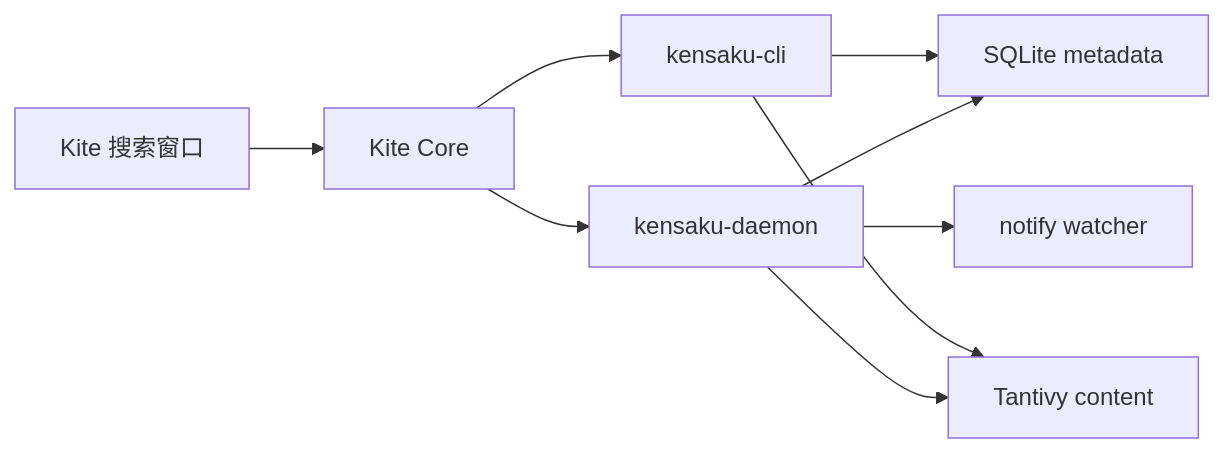
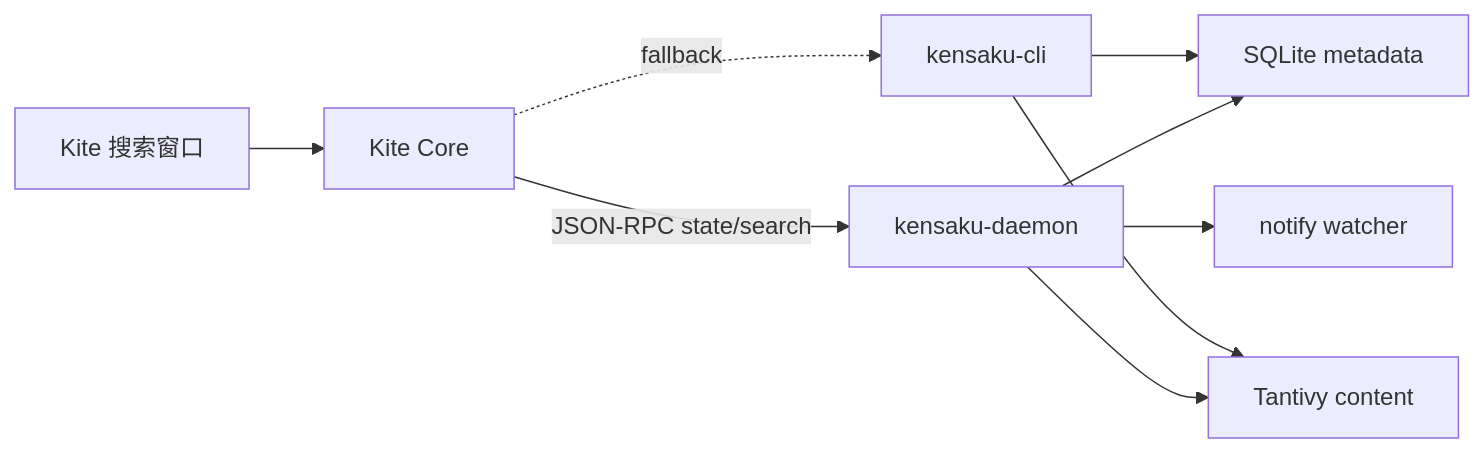
The first of 2 diagrams in docs/architecture/content-search.md (wyz541/kite), drawn with Mermaid before and after one commit. The commit also changed other lines of this file and 8 other files, not shown here.

````diff
--- a/docs/architecture/content-search.md
+++ b/docs/architecture/content-search.md
@@ -23,11 +23,11 @@
 ```mermaid
 flowchart LR
     UI[Kite 搜索窗口] --> CORE[Kite Core]
-    CORE --> DAEMON[kensaku-daemon]
-    CORE --> CLI[kensaku-cli]
+    CORE -->|JSON-RPC state/search| DAEMON[kensaku-daemon]
+    CORE -.fallback.-> CLI[kensaku-cli]
     DAEMON --> DB[SQLite metadata]
     DAEMON --> CONTENT[Tantivy content]
     DAEMON --> WATCH[notify watcher]
     CLI --> DB
     CLI --> CONTENT
 ```
````
